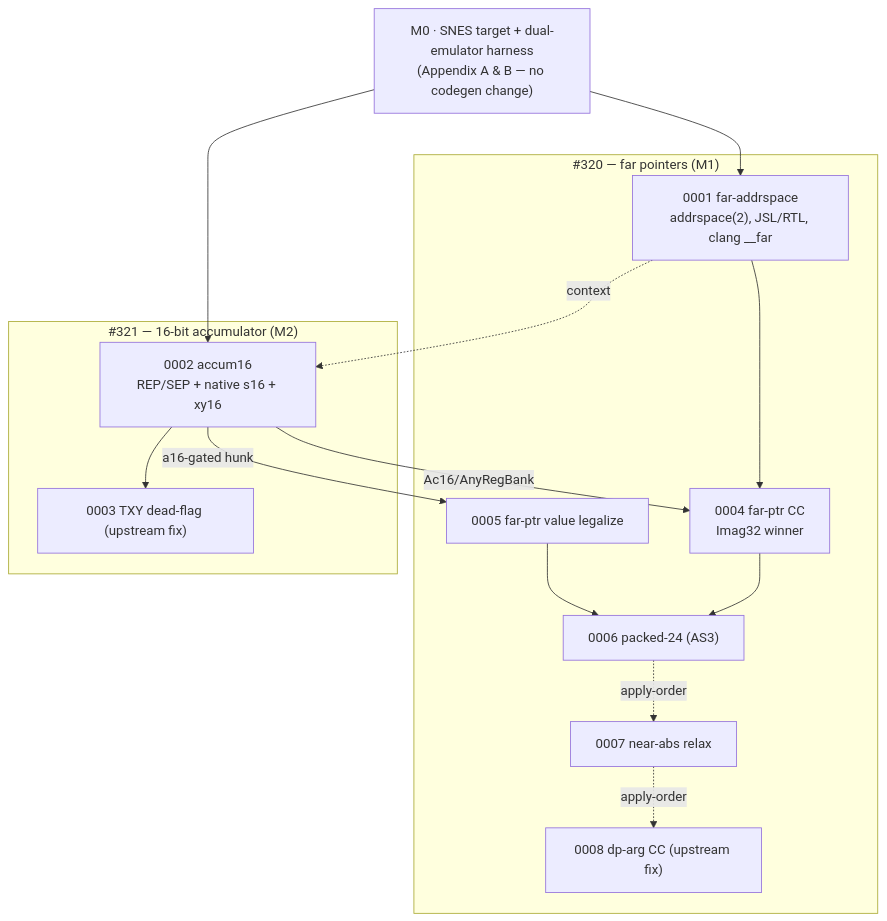
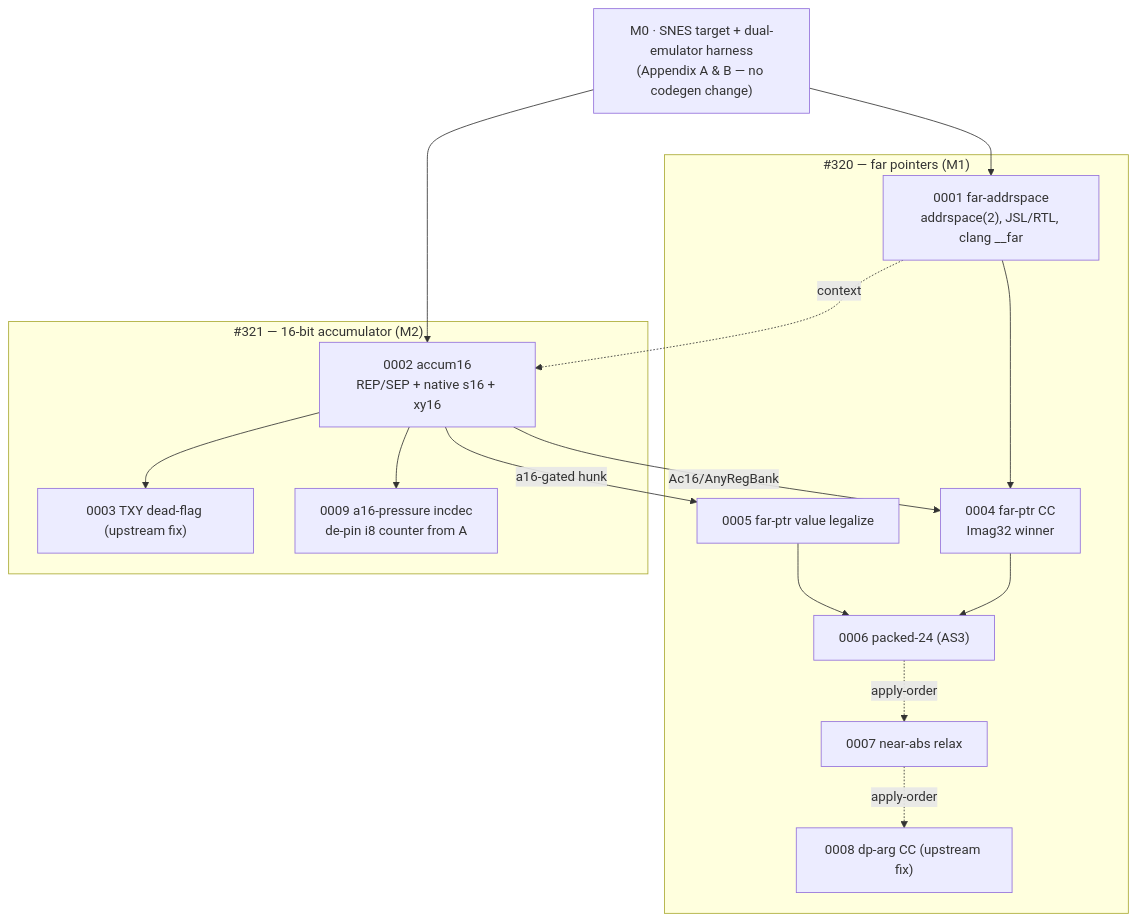
One commit to wbniv/llvm-mos-65816 changed the first of 5 diagrams in docs/65816-patch-series-review-guide.md. Above: the diagram before and after it, drawn with Mermaid. The commit also changed other lines of this file, not shown here.

````diff
--- a/docs/65816-patch-series-review-guide.md
+++ b/docs/65816-patch-series-review-guide.md
@@ -156,30 +161,32 @@
 ```mermaid
 flowchart TD
     SNES["M0 · SNES target + dual-emulator harness<br/>(Appendix A &amp; B — no codegen change)"]
 
     subgraph far["#320 — far pointers (M1)"]
         P1["0001 far-addrspace<br/>addrspace(2), JSL/RTL, clang __far"]
         P4["0004 far-ptr CC<br/>Imag32 winner"]
         P5["0005 far-ptr value legalize"]
         P6["0006 packed-24 (AS3)"]
         P7["0007 near-abs relax"]
         P8["0008 dp-arg CC (upstream fix)"]
     end
 
     subgraph a16["#321 — 16-bit accumulator (M2)"]
         P2["0002 accum16<br/>REP/SEP + native s16 + xy16"]
         P3["0003 TXY dead-flag (upstream fix)"]
+        P9["0009 a16-pressure incdec<br/>de-pin i8 counter from A"]
     end
 
     SNES --> P1
     SNES --> P2
     P1 -.context.-> P2
     P2 --> P3
+    P2 --> P9
     P1 --> P4
     P2 -->|Ac16/AnyRegBank| P4
     P2 -->|a16-gated hunk| P5
     P4 --> P6
     P5 --> P6
     P6 -.apply-order.-> P7
     P7 -.apply-order.-> P8
 ```
````
